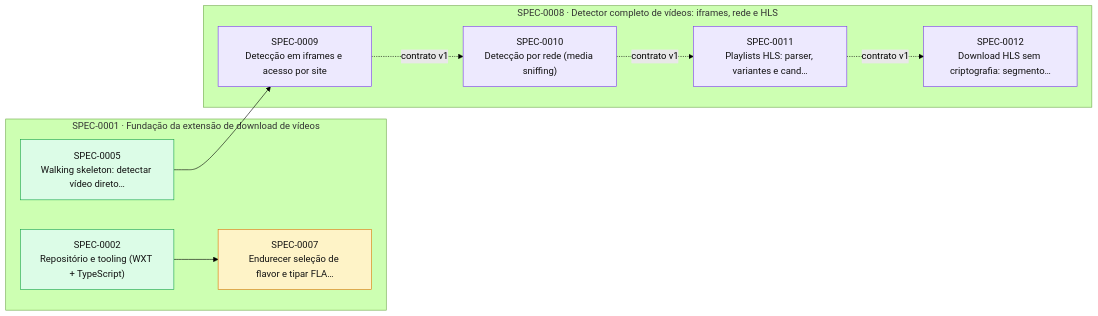
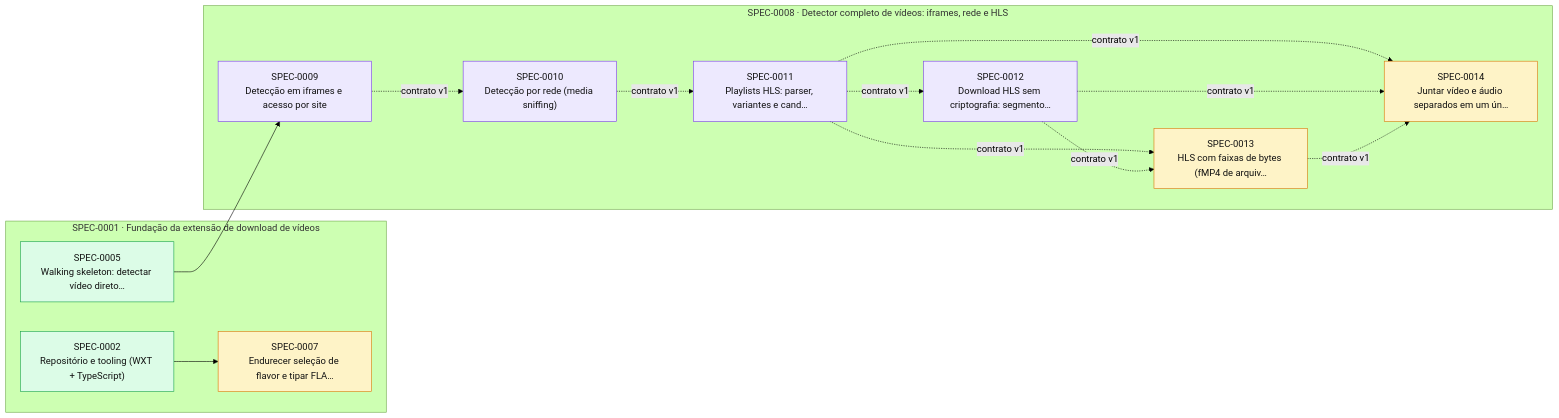
The diagram in docs/specs/INDEX.md (thomasravache/video-downloader), drawn with Mermaid (forest theme) before and after one commit. The commit also changed other lines of this file and 3 other files, not shown here.

````diff
--- a/docs/specs/INDEX.md
+++ b/docs/specs/INDEX.md
@@ -63,24 +65,31 @@
 ```mermaid
 flowchart LR
   subgraph E0001["SPEC-0001 · Fundação da extensão de download de vídeos"]
     S0002["SPEC-0002<br/>Repositório e tooling (WXT + TypeScript)"]:::implemented
     S0005["SPEC-0005<br/>Walking skeleton: detectar vídeo direto…"]:::implemented
     S0007["SPEC-0007<br/>Endurecer seleção de flavor e tipar FLA…"]:::proposed
   end
   subgraph E0008["SPEC-0008 · Detector completo de vídeos: iframes, rede e HLS"]
     S0009["SPEC-0009<br/>Detecção em iframes e acesso por site"]:::inprogress
     S0010["SPEC-0010<br/>Detecção por rede (media sniffing)"]:::inprogress
     S0011["SPEC-0011<br/>Playlists HLS: parser, variantes e cand…"]:::inprogress
     S0012["SPEC-0012<br/>Download HLS sem criptografia: segmento…"]:::inprogress
+    S0013["SPEC-0013<br/>HLS com faixas de bytes (fMP4 de arquiv…"]:::proposed
+    S0014["SPEC-0014<br/>Juntar vídeo e áudio separados em um ún…"]:::proposed
   end
   S0002 --> S0007
   S0005 --> S0009
   S0009 -. contrato v1 .-> S0010
   S0010 -. contrato v1 .-> S0011
   S0011 -. contrato v1 .-> S0012
+  S0011 -. contrato v1 .-> S0013
+  S0012 -. contrato v1 .-> S0013
+  S0011 -. contrato v1 .-> S0014
+  S0012 -. contrato v1 .-> S0014
+  S0013 -. contrato v1 .-> S0014
   classDef proposed fill:#fef3c7,stroke:#d97706,color:#111
   classDef approved fill:#dbeafe,stroke:#2563eb,color:#111
   classDef inprogress fill:#ede9fe,stroke:#7c3aed,color:#111
   classDef implemented fill:#dcfce7,stroke:#16a34a,color:#111
   classDef deprecated fill:#f3f4f6,stroke:#9ca3af,color:#6b7280
 ```
````
